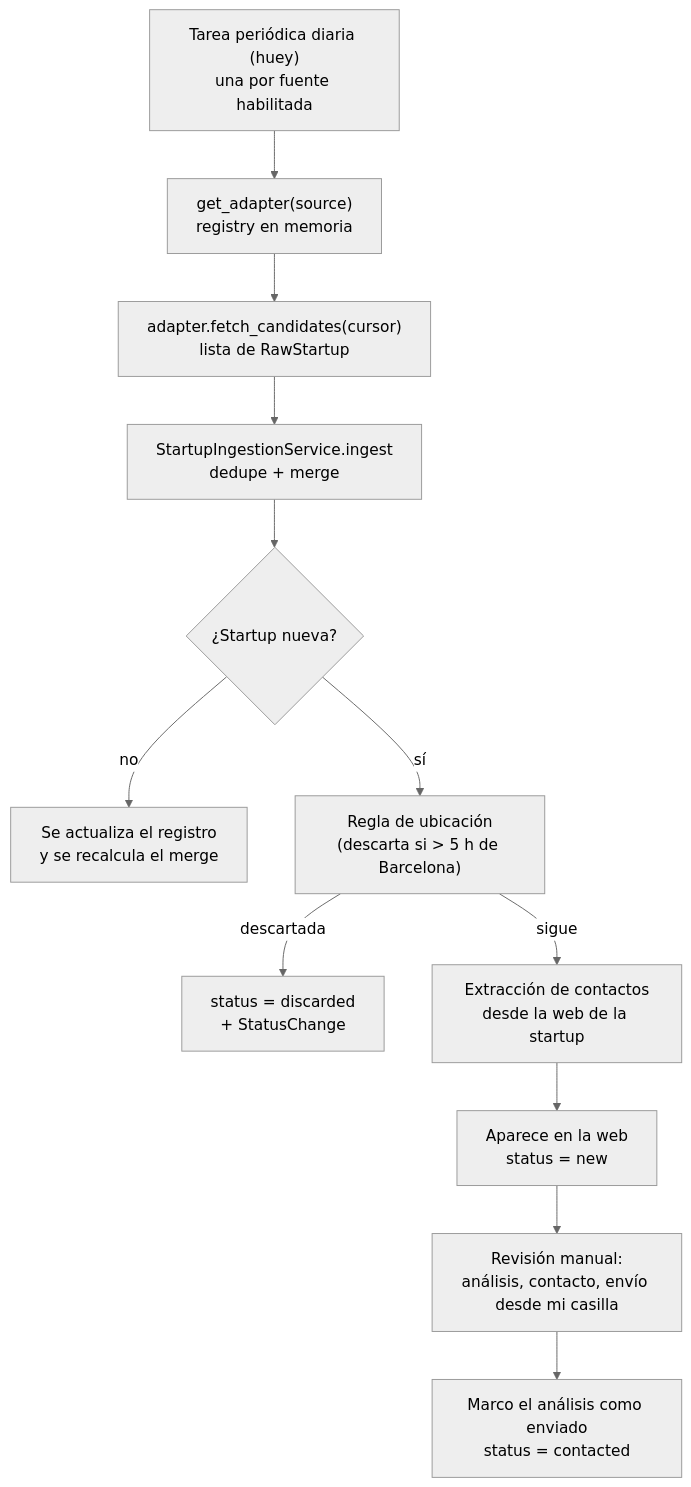
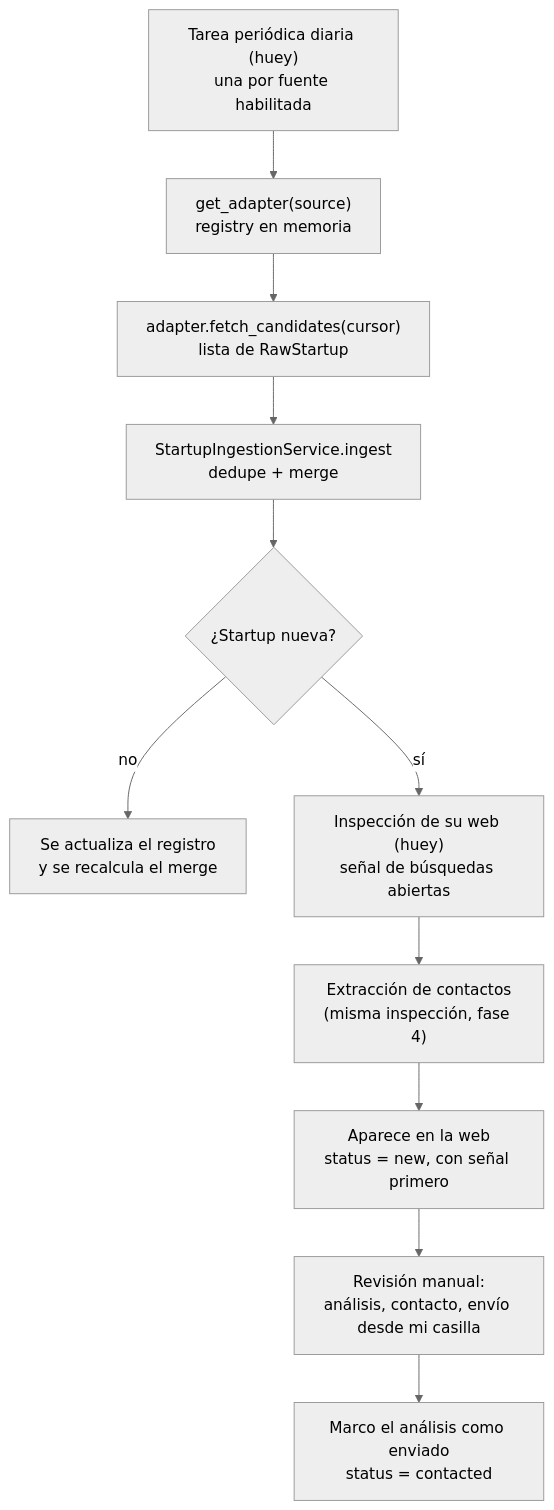
Before and after one commit to GP-07/startup-scout: the first of 4 diagrams in docs/architecture.md, drawn with Mermaid (neutral theme). The commit also changed other lines of this file and 49 other files, not shown here.

````diff
--- a/docs/architecture.md
+++ b/docs/architecture.md
@@ -201,14 +271,13 @@
 ```mermaid
 flowchart TD
     A["Tarea periódica diaria (huey)<br/>una por fuente habilitada"] --> B["get_adapter(source)<br/>registry en memoria"]
     B --> C["adapter.fetch_candidates(cursor)<br/>lista de RawStartup"]
     C --> D["StartupIngestionService.ingest<br/>dedupe + merge"]
     D --> E{"¿Startup nueva?"}
     E -- no --> F["Se actualiza el registro<br/>y se recalcula el merge"]
-    E -- sí --> G["Regla de ubicación<br/>(descarta si > 5 h de Barcelona)"]
-    G -- descartada --> H["status = discarded<br/>+ StatusChange"]
-    G -- sigue --> I["Extracción de contactos<br/>desde la web de la startup"]
-    I --> J["Aparece en la web<br/>status = new"]
+    E -- sí --> G["Inspección de su web (huey)<br/>señal de búsquedas abiertas"]
+    G --> I["Extracción de contactos<br/>(misma inspección, fase 4)"]
+    I --> J["Aparece en la web<br/>status = new, con señal primero"]
     J --> K["Revisión manual:<br/>análisis, contacto, envío desde mi casilla"]
     K --> L["Marco el análisis como enviado<br/>status = contacted"]
 ```
````
